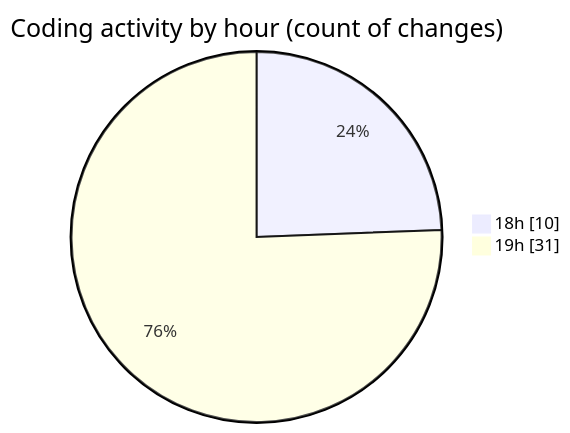
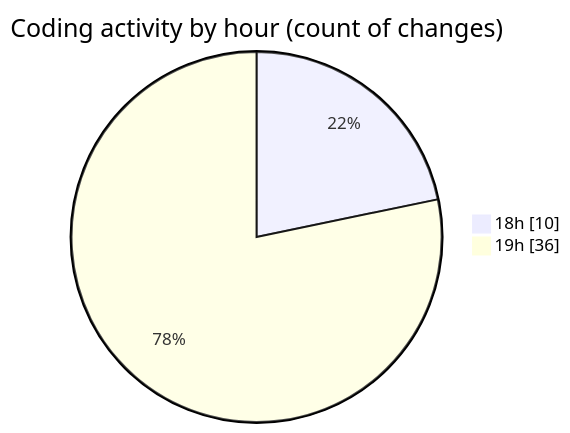
The second of 2 diagrams in 2025-03-29/back-end/README.md (Netris89/code-tracking), drawn with Mermaid before and after one commit. The commit also changed other lines of this file and 1 other file, not shown here.

````diff
--- a/2025-03-29/back-end/README.md
+++ b/2025-03-29/back-end/README.md
@@ -30,6 +31,6 @@
 ```mermaid
 pie showData
 title Coding activity by hour (count of changes)
 "18h" : 10
-"19h" : 31
+"19h" : 36
 ```
````
